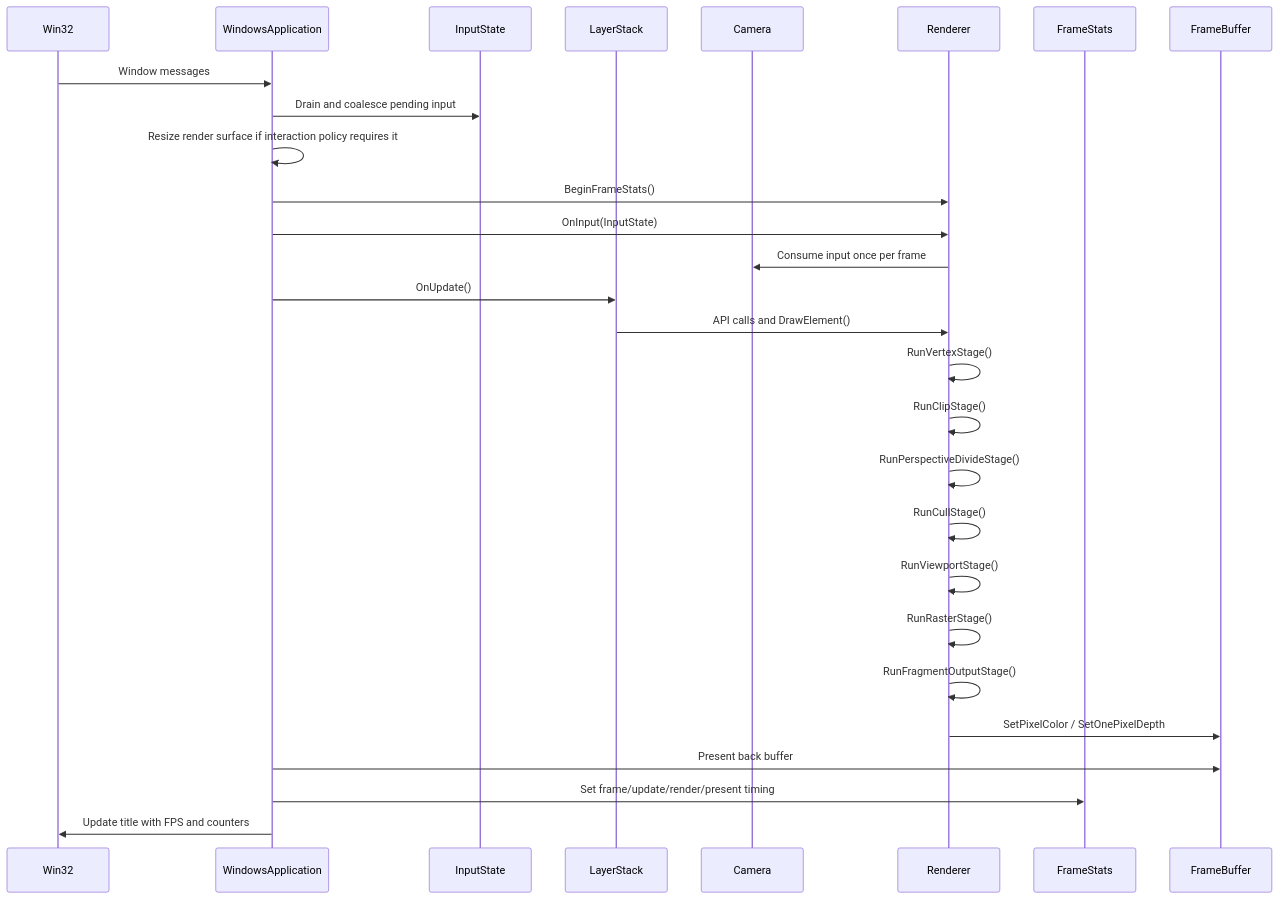
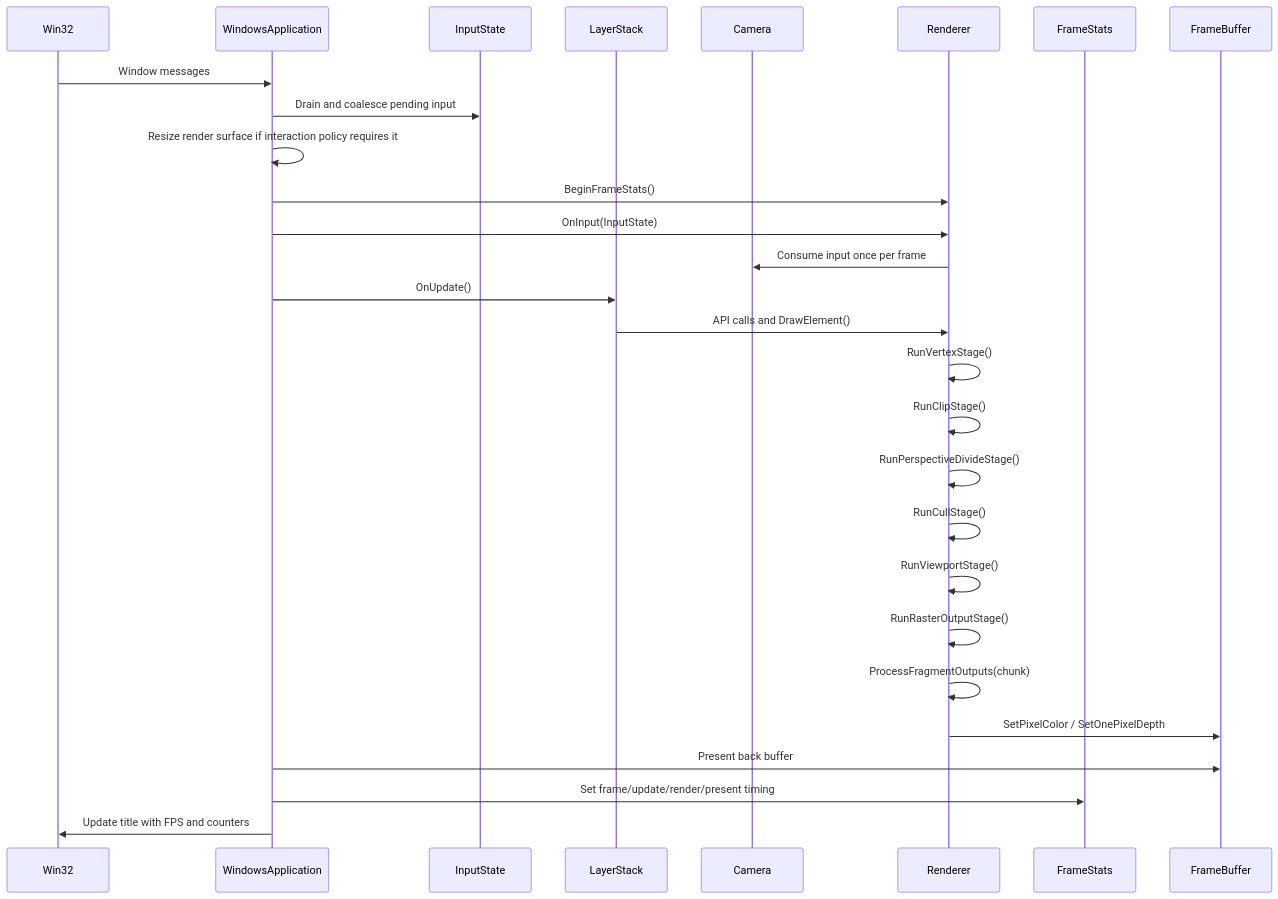
Before and after one commit to hangge1/DragonRenderer: the second of 6 diagrams in docs/ARCHITECTURE.md, drawn with Mermaid. The commit also changed other lines of this file and 8 other files, not shown here.

Commit message:
perf: stream raster output in chunks

````diff
--- a/docs/ARCHITECTURE.md
+++ b/docs/ARCHITECTURE.md
@@ -136,31 +138,31 @@
 ```mermaid
 sequenceDiagram
     participant OS as Win32
     participant App as WindowsApplication
     participant Input as InputState
     participant Layer as LayerStack
     participant Camera as Camera
     participant Renderer as Renderer
     participant Stats as FrameStats
     participant FB as FrameBuffer
 
     OS->>App: Window messages
     App->>Input: Drain and coalesce pending input
     App->>App: Resize render surface if interaction policy requires it
     App->>Renderer: BeginFrameStats()
     App->>Renderer: OnInput(InputState)
     Renderer->>Camera: Consume input once per frame
     App->>Layer: OnUpdate()
     Layer->>Renderer: API calls and DrawElement()
     Renderer->>Renderer: RunVertexStage()
     Renderer->>Renderer: RunClipStage()
     Renderer->>Renderer: RunPerspectiveDivideStage()
     Renderer->>Renderer: RunCullStage()
     Renderer->>Renderer: RunViewportStage()
-    Renderer->>Renderer: RunRasterStage()
-    Renderer->>Renderer: RunFragmentOutputStage()
+    Renderer->>Renderer: RunRasterOutputStage()
+    Renderer->>Renderer: ProcessFragmentOutputs(chunk)
     Renderer->>FB: SetPixelColor / SetOnePixelDepth
     App->>FB: Present back buffer
     App->>Stats: Set frame/update/render/present timing
     App->>OS: Update title with FPS and counters
 ```
````
